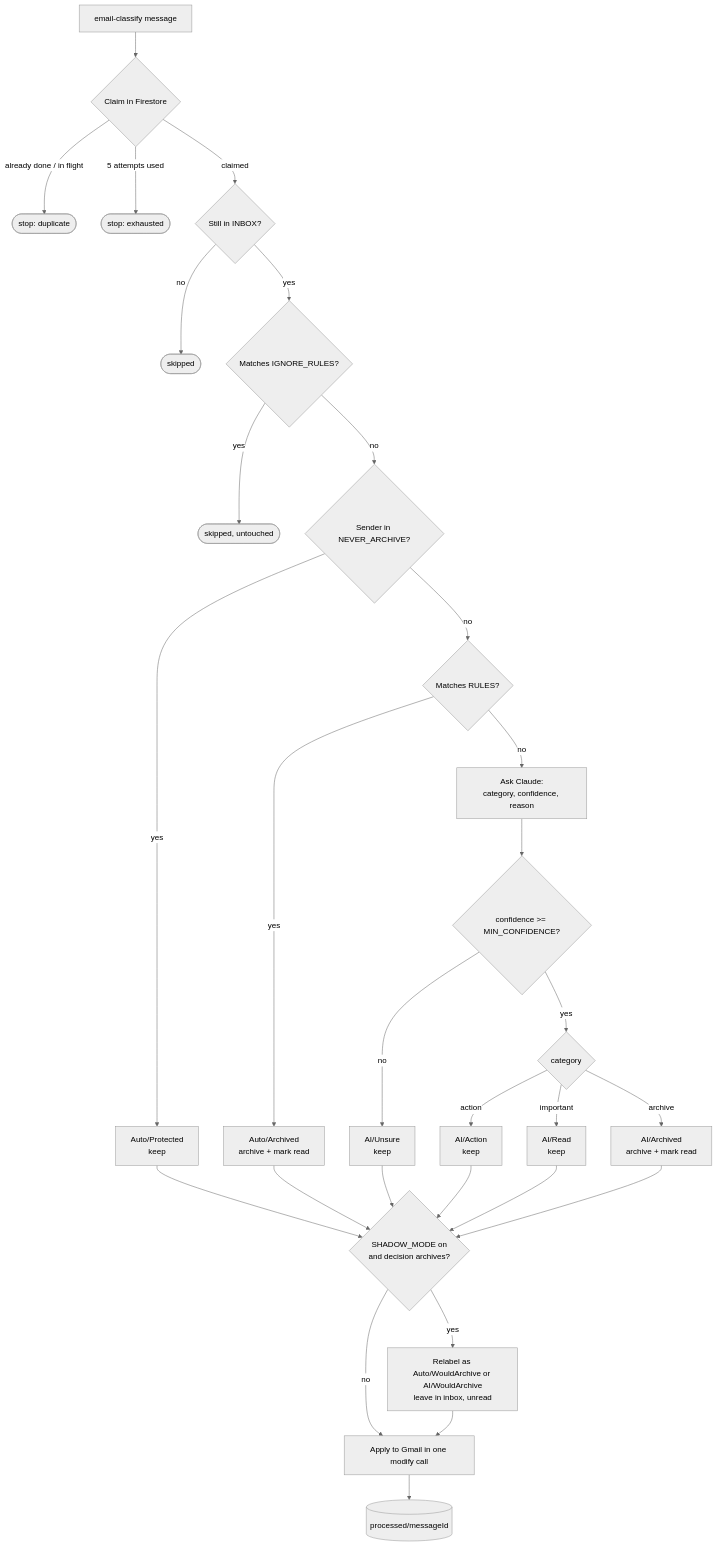
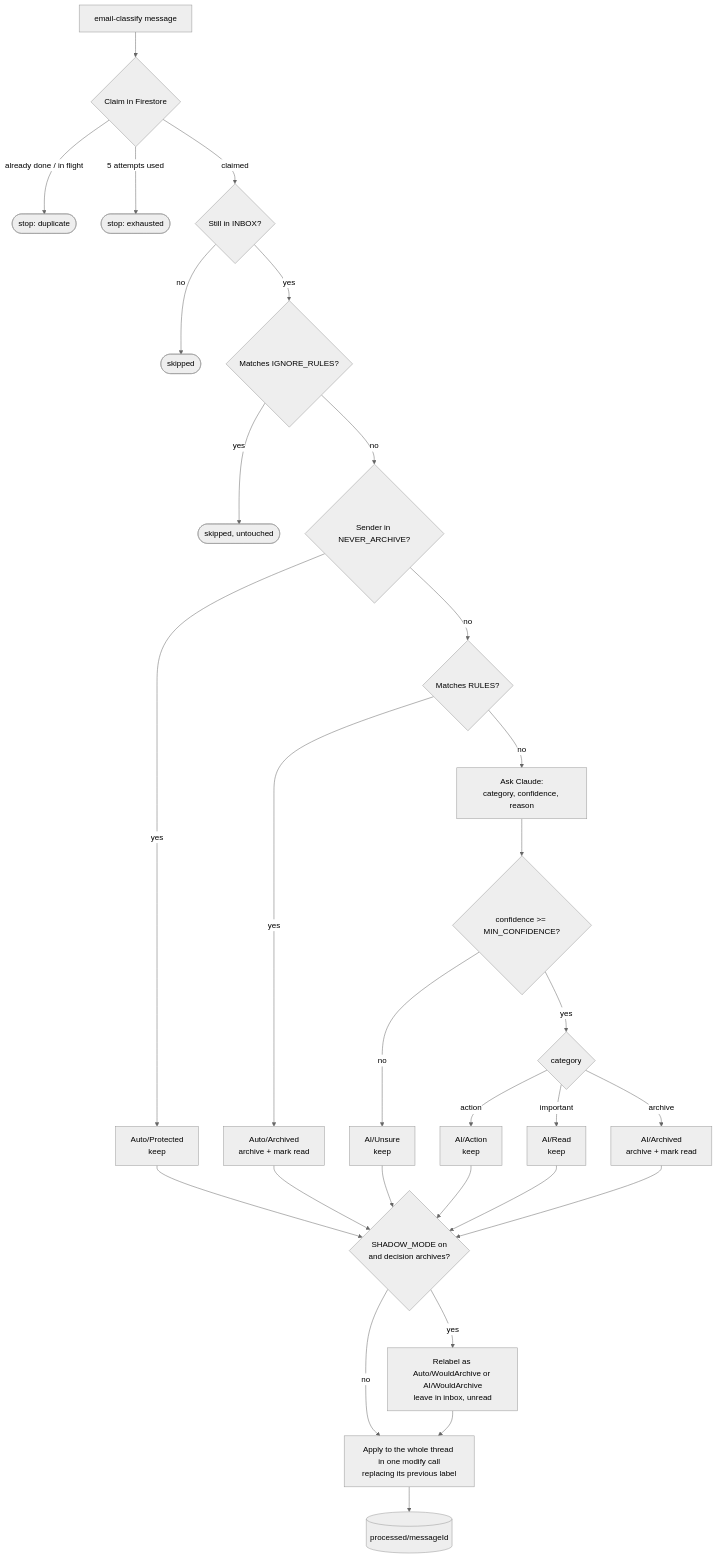
The second of 2 diagrams in README.md (peeranat-dan/email-classifier), drawn with Mermaid (neutral theme) before and after one commit. The commit also changed other lines of this file and 3 other files, not shown here.

````diff
--- a/README.md
+++ b/README.md
@@ -45,26 +45,26 @@
 ```mermaid
 flowchart TD
     A[email-classify message] --> B{Claim in Firestore}
     B -- "already done / in flight" --> X1([stop: duplicate])
     B -- "5 attempts used" --> X2([stop: exhausted])
     B -- claimed --> C{Still in INBOX?}
     C -- no --> S1([skipped])
     C -- yes --> D{Matches IGNORE_RULES?}
     D -- yes --> S2([skipped, untouched])
     D -- no --> E{Sender in NEVER_ARCHIVE?}
     E -- yes --> L1[Auto/Protected<br/>keep]
     E -- no --> F{Matches RULES?}
     F -- yes --> L2[Auto/Archived<br/>archive + mark read]
     F -- no --> G[Ask Claude:<br/>category, confidence, reason]
     G --> H{"confidence >= MIN_CONFIDENCE?"}
     H -- no --> L3[AI/Unsure<br/>keep]
     H -- yes --> I{category}
     I -- action --> L4[AI/Action<br/>keep]
     I -- important --> L5[AI/Read<br/>keep]
     I -- archive --> L6[AI/Archived<br/>archive + mark read]
     L1 & L2 & L3 & L4 & L5 & L6 --> SM{SHADOW_MODE on<br/>and decision archives?}
     SM -- yes --> W[Relabel as Auto/WouldArchive or AI/WouldArchive<br/>leave in inbox, unread]
     SM -- no --> AP
-    W --> AP[Apply to Gmail in one modify call]
+    W --> AP[Apply to the whole thread in one modify call<br/>replacing its previous label]
     AP --> LOG[(processed/messageId)]
 ```
````
